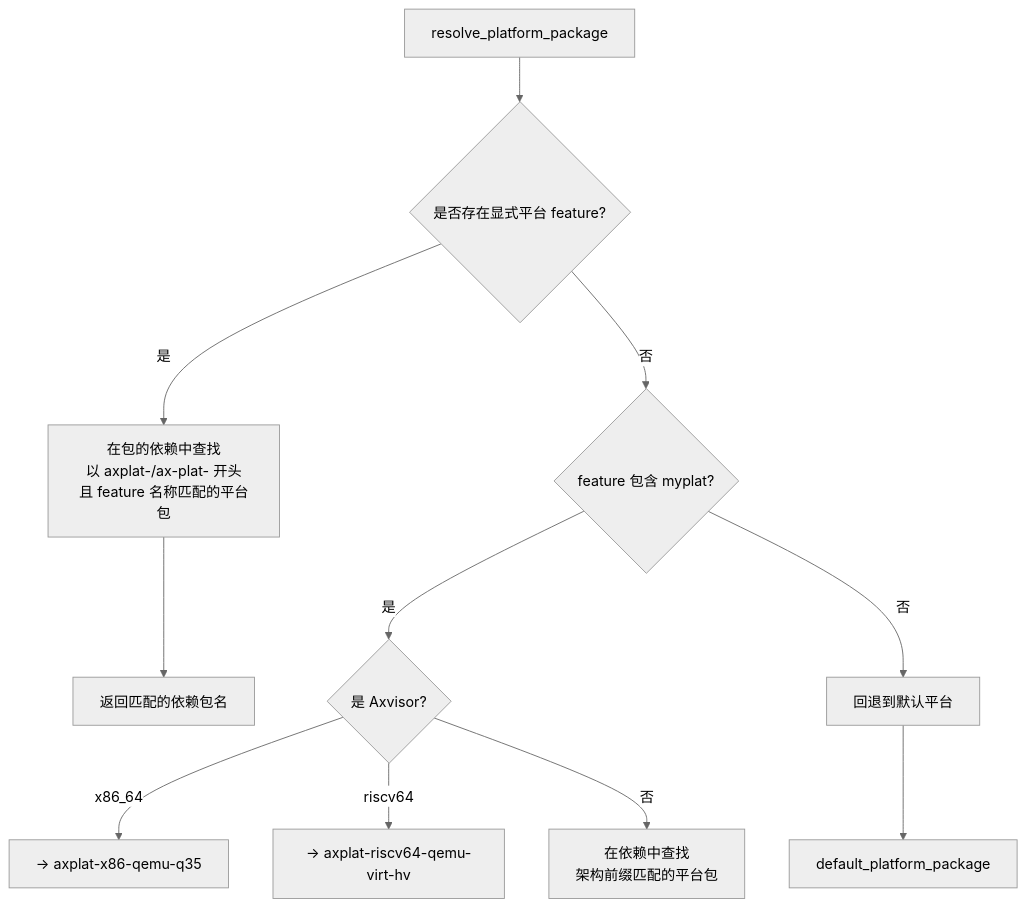
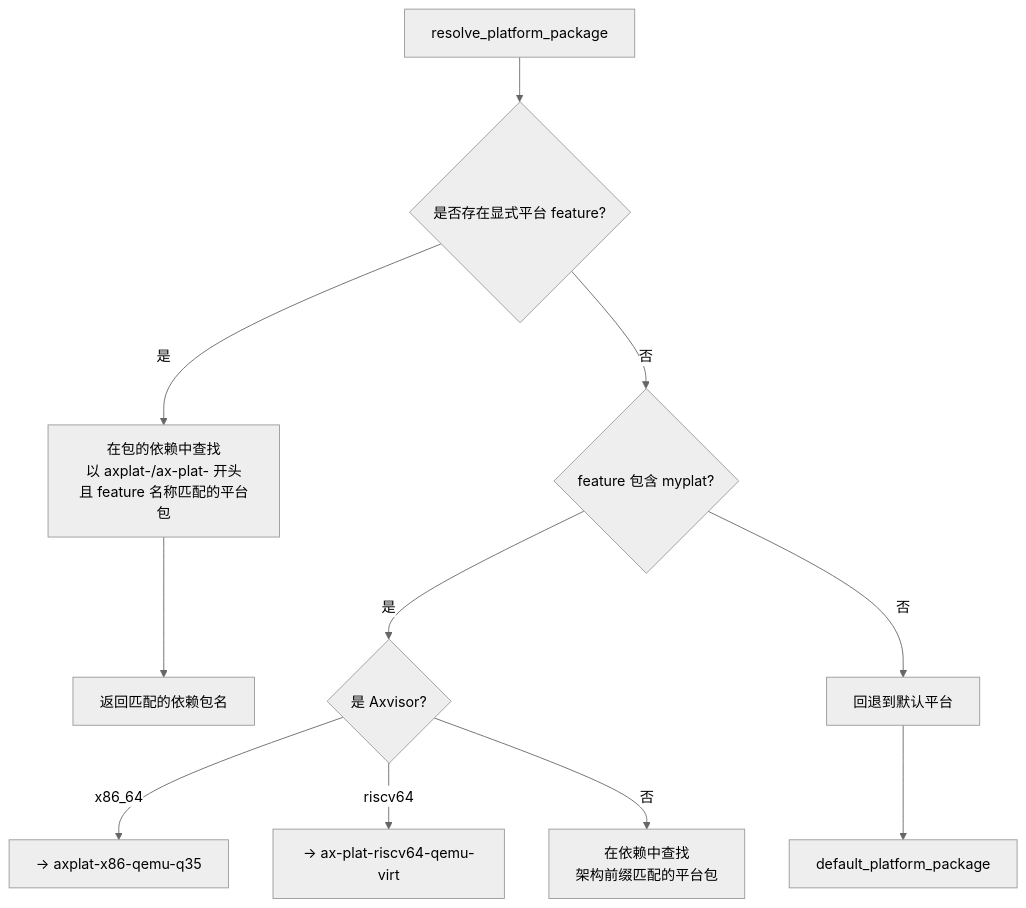
The sixth of 8 diagrams in docs/docs/build/build.md (rcore-os/tgoskits), drawn with Mermaid (neutral theme) before and after one commit. The commit also changed other lines of this file and 29 other files, not shown here.

First line of the commit message:
Remove RISC-V QEMU Virt platform files and update references

````diff
--- a/docs/docs/build/build.md
+++ b/docs/docs/build/build.md
@@ -194,13 +194,13 @@
 ```mermaid
 flowchart TD
     A[resolve_platform_package] --> B{是否存在显式平台 feature?}
     B -->|是| C["在包的依赖中查找<br/>以 axplat-/ax-plat- 开头<br/>且 feature 名称匹配的平台包"]
     C --> D["返回匹配的依赖包名"]
     B -->|否| E{feature 包含 myplat?}
     E -->|是| F{是 Axvisor?}
     F -->|x86_64| G["→ axplat-x86-qemu-q35"]
-    F -->|riscv64| H["→ axplat-riscv64-qemu-virt-hv"]
+    F -->|riscv64| H["→ ax-plat-riscv64-qemu-virt"]
     F -->|否| I["在依赖中查找<br/>架构前缀匹配的平台包"]
     E -->|否| J["回退到默认平台"]
     J --> K[default_platform_package]
 ```
````
